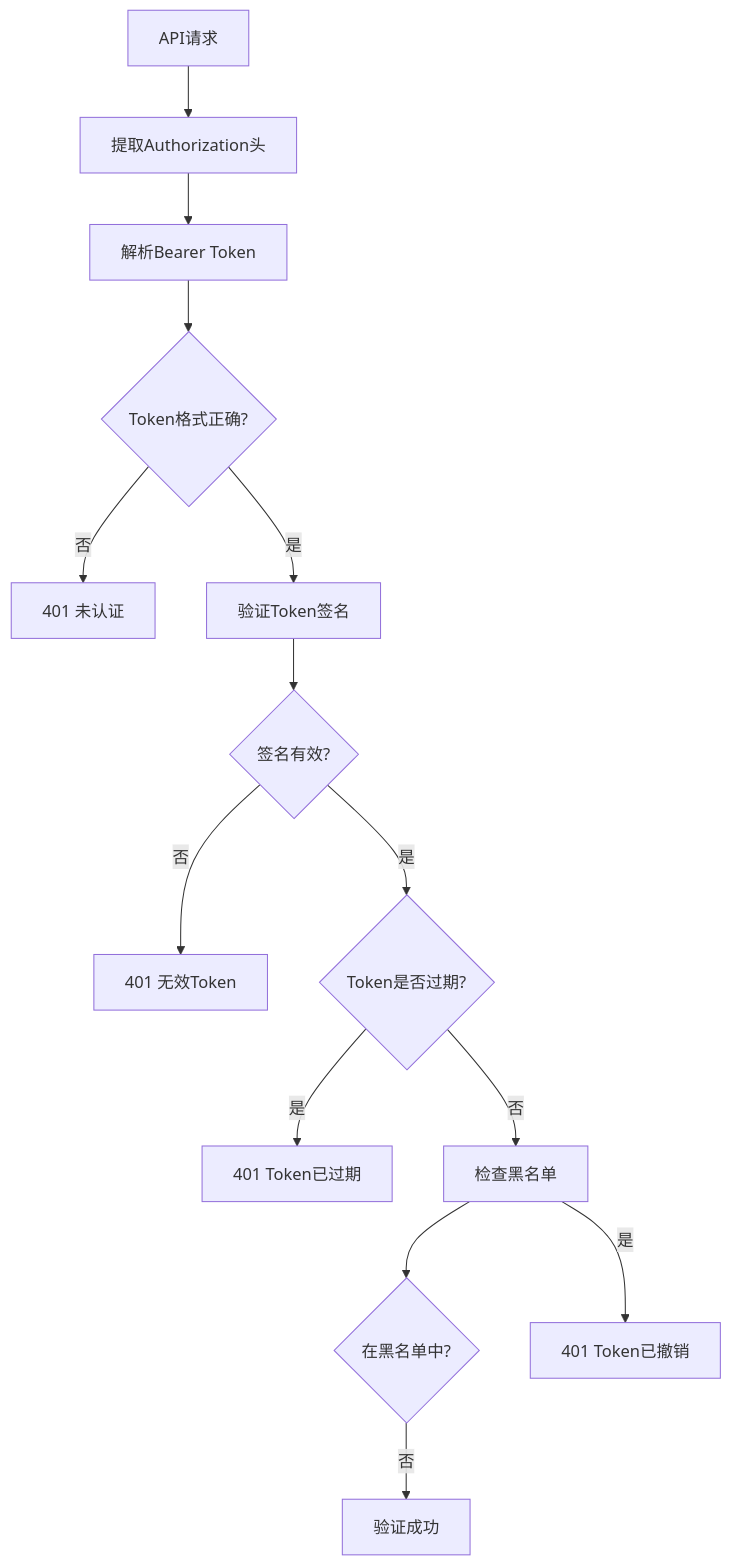
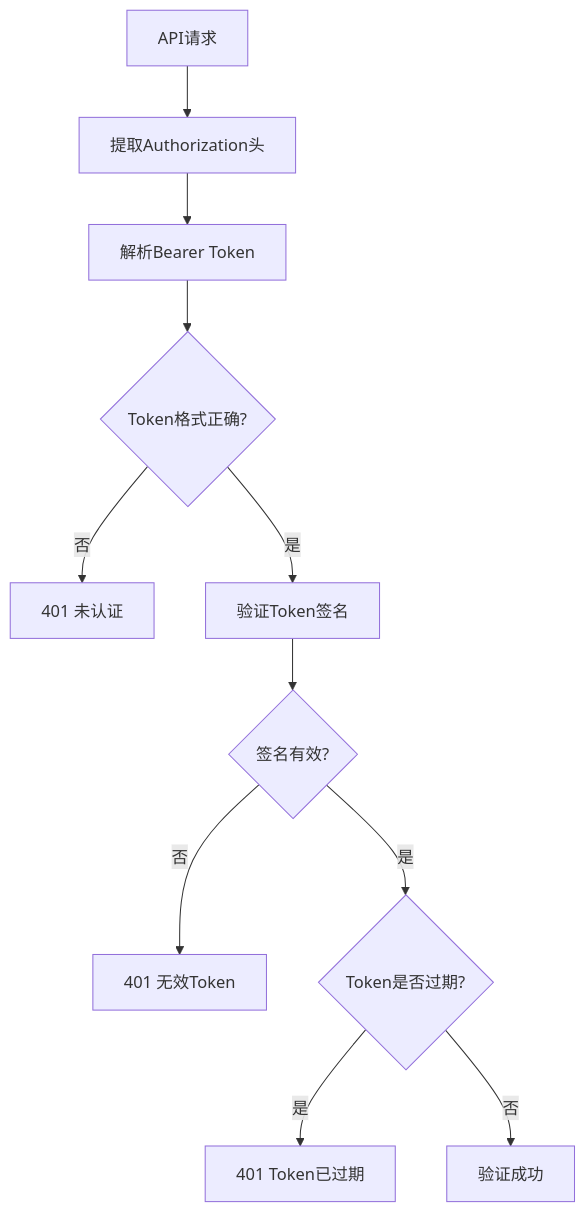
One commit to wyg5208/website_diy changed the fourth of 5 diagrams in .qoder/repowiki/zh/content/安全设计/认证与授权/JWT身份验证.md. Above: the diagram before and after it, drawn with Mermaid. The commit also changed other lines of this file and 43 other files, not shown here.

````diff
--- a/.qoder/repowiki/zh/content/安全设计/认证与授权/JWT身份验证.md
+++ b/.qoder/repowiki/zh/content/安全设计/认证与授权/JWT身份验证.md
@@ -191,16 +194,13 @@
 ```mermaid
 flowchart TD
 Request[API请求] --> Extract[提取Authorization头]
 Extract --> Parse[解析Bearer Token]
 Parse --> Validate{Token格式正确?}
 Validate --> |否| Unauthorized[401 未认证]
 Validate --> |是| Verify[验证Token签名]
 Verify --> SignatureOK{签名有效?}
 SignatureOK --> |否| InvalidToken[401 无效Token]
 SignatureOK --> |是| Expired{Token是否过期?}
 Expired --> |是| ExpiredToken[401 Token已过期]
-Expired --> |否| BlacklistCheck[检查黑名单]
-BlacklistCheck --> Blacklisted{在黑名单中?}
-BlacklistCheck --> |是| Revoked[401 Token已撤销]
-Blacklisted --> |否| Success[验证成功]
+Expired --> |否| Success[验证成功]
 ```
````
